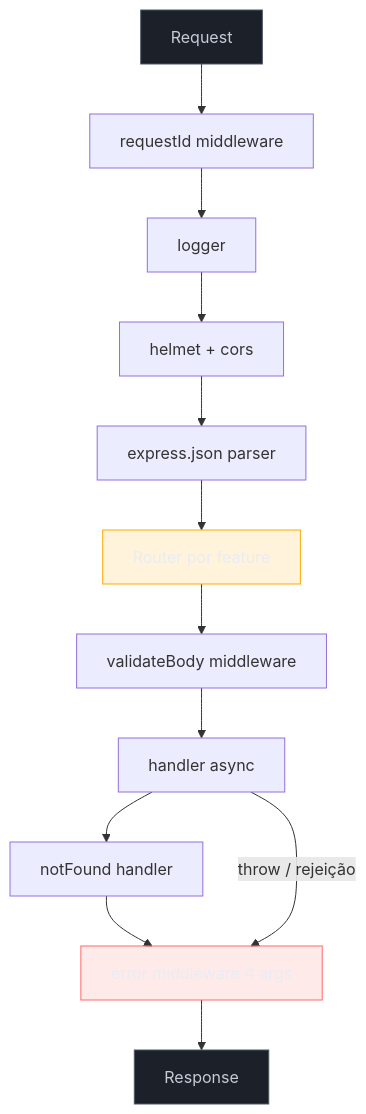
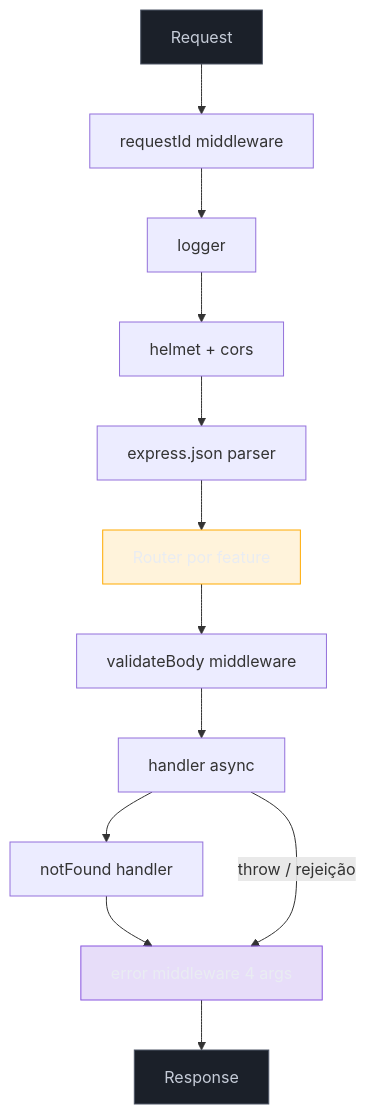
Before and after one commit to josenaldo/codex-technomanticus: the diagram in 03-Dominios/Tecnologia/Node/Frameworks e arquitetura/02 - Express idiomático.md, drawn with Mermaid. The commit also changed 601 other files, not shown here.

````diff
--- a/03-Dominios/Tecnologia/Node/Frameworks e arquitetura/02 - Express idiomático.md
+++ b/03-Dominios/Tecnologia/Node/Frameworks e arquitetura/02 - Express idiomático.md
@@ -35,23 +35,23 @@
 ```mermaid
 flowchart TD
+    classDef marca fill:#8855DF33,stroke:#8855DF,color:#E9ECF2
     classDef neutro fill:#1B2029,stroke:#4E5666,color:#C6CCD8
     classDef destaque fill:#FFAA0024,stroke:#FFAA00,color:#E9ECF2
-    classDef falha fill:#FF6B6B24,stroke:#FF6B6B,color:#E9ECF2
     R[Request] --> RI[requestId middleware]
     RI --> LG[logger]
     LG --> HM[helmet + cors]
     HM --> JP[express.json parser]
     JP --> RT[Router por feature]
     RT --> VM[validateBody middleware]
     VM --> H[handler async]
     H --> NF[notFound handler]
     NF --> EH[error middleware 4 args]
     EH --> RS[Response]
 
     H -->|throw / rejeição| EH
 
     class R neutro
     class RT destaque
-    class EH falha
+    class EH marca
     class RS neutro
 ```
````
